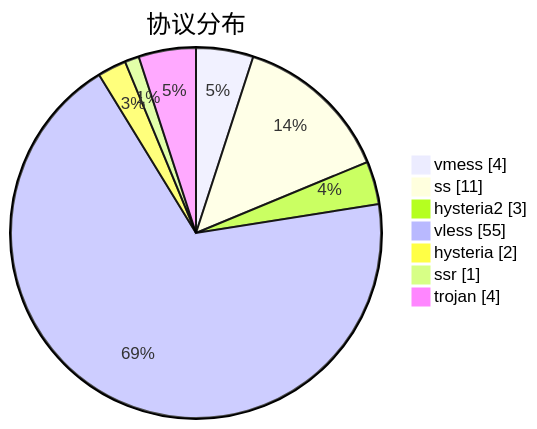
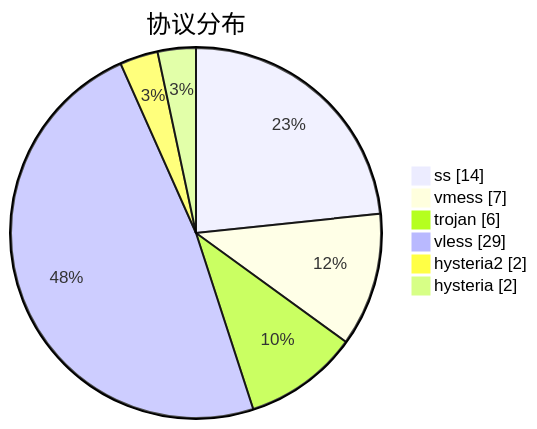
Before and after one commit to sinspired/airport: the third of 3 diagrams in subs/statistics/tested_within.md, drawn with Mermaid. The commit also changed other lines of this file and 2 other files, not shown here.

````diff
--- a/subs/statistics/tested_within.md
+++ b/subs/statistics/tested_within.md
@@ -25,11 +27,10 @@
 ```mermaid
 pie showData
 title 协议分布
-"vmess" : 4
-"ss" : 11
-"hysteria2" : 3
-"vless" : 55
+"ss" : 14
+"vmess" : 7
+"trojan" : 6
+"vless" : 29
+"hysteria2" : 2
 "hysteria" : 2
-"ssr" : 1
-"trojan" : 4
 ```
````
